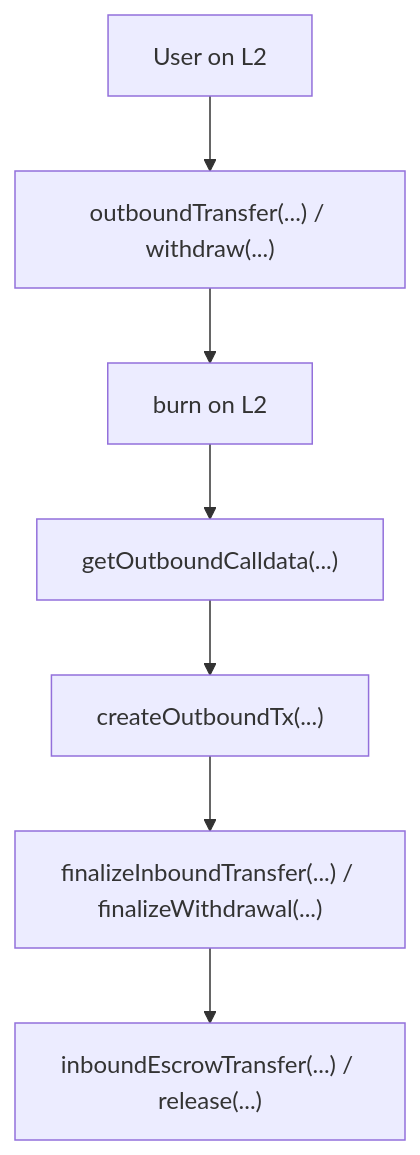
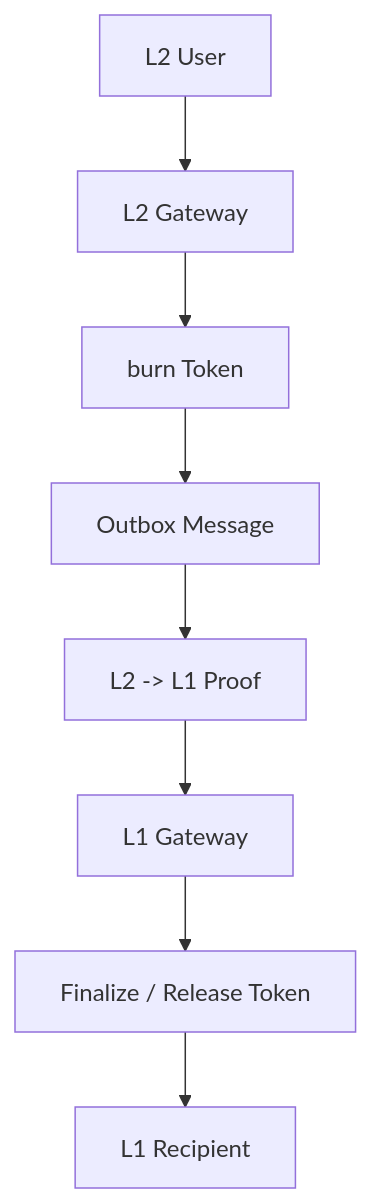
The second of 2 diagrams in README.md (Keedz1Off/arbitrum-bridge-flow-local-review-ru), drawn with Mermaid before and after one commit. The commit also changed other lines of this file and 19 other files, not shown here.

````diff
--- a/README.md
+++ b/README.md
@@ -51,9 +89,10 @@
 ```mermaid
 flowchart TD
-    A["User on L2"] --> B["outboundTransfer(...) / withdraw(...)"]
-    B --> C["burn on L2"]
-    C --> D["getOutboundCalldata(...)"]
-    D --> E["createOutboundTx(...)"]
-    E --> F["finalizeInboundTransfer(...) / finalizeWithdrawal(...)"]
-    F --> G["inboundEscrowTransfer(...) / release(...)"]
+    A["L2 User"] --> B["L2 Gateway"]
+    B --> C["burn Token"]
+    C --> D["Outbox Message"]
+    D --> E["L2 -> L1 Proof"]
+    E --> F["L1 Gateway"]
+    F --> G["Finalize / Release Token"]
+    G --> H["L1 Recipient"]
 ```
````
